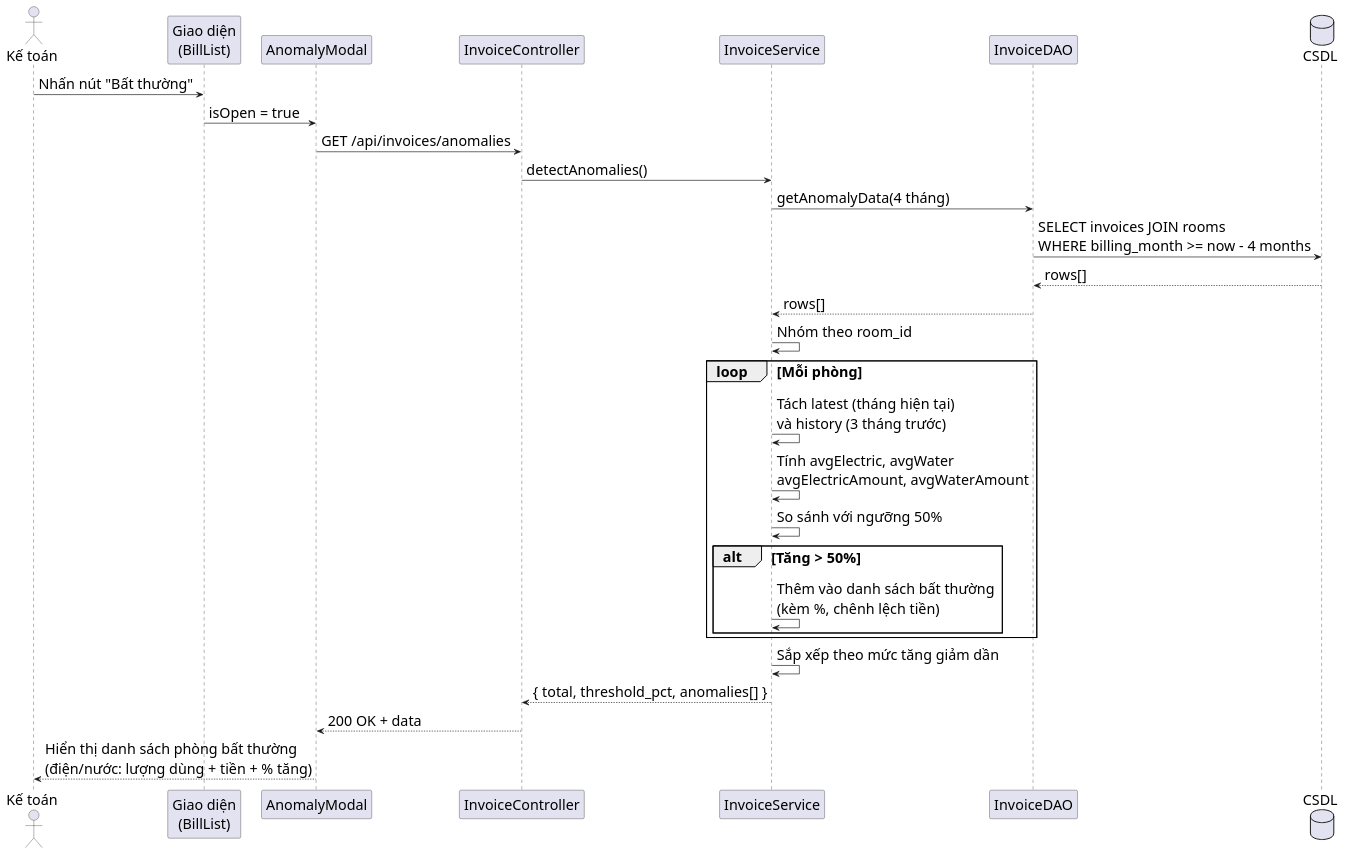
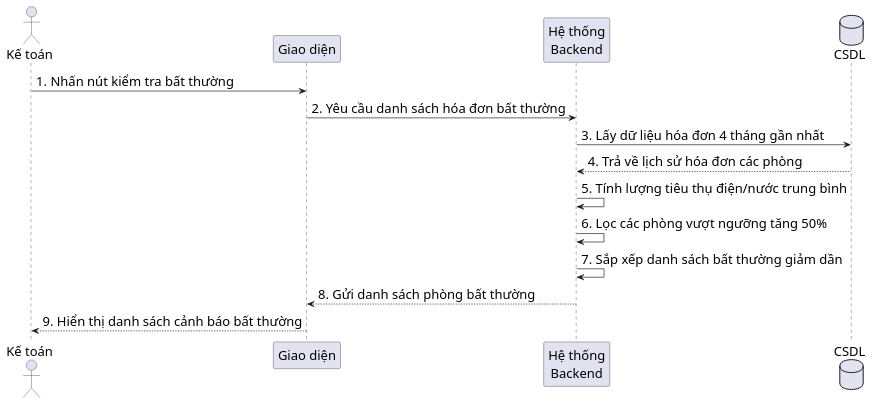
One commit to s0nbuildtech287/dormitory-frontend changed the diagram in diagrams/nhomhoadonthanhtoan/anomaly_detect_sequence.puml. Above: the diagram before and after it, drawn with PlantUML. The commit also changed 23 other files, not shown here.

```diff
--- a/diagrams/nhomhoadonthanhtoan/anomaly_detect_sequence.puml
+++ b/diagrams/nhomhoadonthanhtoan/anomaly_detect_sequence.puml
@@ -1,36 +1,20 @@
 @startuml "Anomaly Detect Sequence"
-skinparam defaultFontSize 22
+skinparam defaultFontSize 20
 skinparam defaultFontName "Times New Roman"
-skinparam sequenceMessageSize 22
-' Sequence Diagram: Phát hiện bất thường hóa đơn điện/nước
+skinparam sequenceMessageSize 20
+
 actor "Kế toán" as Accountant
-participant "Giao diện\n(BillList)" as FE
-participant "AnomalyModal" as Modal
-participant "InvoiceController" as IC
-participant "InvoiceService" as IS
-participant "InvoiceDAO" as IDAO
+participant "Giao diện" as FE
+participant "Hệ thống\nBackend" as BE
 database "CSDL" as DB
 
-Accountant -> FE: Nhấn nút "Bất thường"
-FE -> Modal: isOpen = true
-Modal -> IC: GET /api/invoices/anomalies
-IC -> IS: detectAnomalies()
-IS -> IDAO: getAnomalyData(4 tháng)
-IDAO -> DB: SELECT invoices JOIN rooms\nWHERE billing_month >= now - 4 months
-DB --> IDAO: rows[]
-IDAO --> IS: rows[]
-
-IS -> IS: Nhóm theo room_id
-loop Mỗi phòng
-  IS -> IS: Tách latest (tháng hiện tại)\nvà history (3 tháng trước)
-  IS -> IS: Tính avgElectric, avgWater\navgElectricAmount, avgWaterAmount
-  IS -> IS: So sánh với ngưỡng 50%
-  alt Tăng > 50%
-    IS -> IS: Thêm vào danh sách bất thường\n(kèm %, chênh lệch tiền)
-  end
-end
-IS -> IS: Sắp xếp theo mức tăng giảm dần
-IS --> IC: { total, threshold_pct, anomalies[] }
-IC --> Modal: 200 OK + data
-Modal --> Accountant: Hiển thị danh sách phòng bất thường\n(điện/nước: lượng dùng + tiền + % tăng)
+Accountant -> FE: 1. Nhấn nút kiểm tra bất thường
+FE -> BE: 2. Yêu cầu danh sách hóa đơn bất thường
+BE -> DB: 3. Lấy dữ liệu hóa đơn 4 tháng gần nhất
+DB --> BE: 4. Trả về lịch sử hóa đơn các phòng
+BE -> BE: 5. Tính lượng tiêu thụ điện/nước trung bình
+BE -> BE: 6. Lọc các phòng vượt ngưỡng tăng 50%
+BE -> BE: 7. Sắp xếp danh sách bất thường giảm dần
+BE --> FE: 8. Gửi danh sách phòng bất thường
+FE --> Accountant: 9. Hiển thị danh sách cảnh báo bất thường
 @enduml
```
